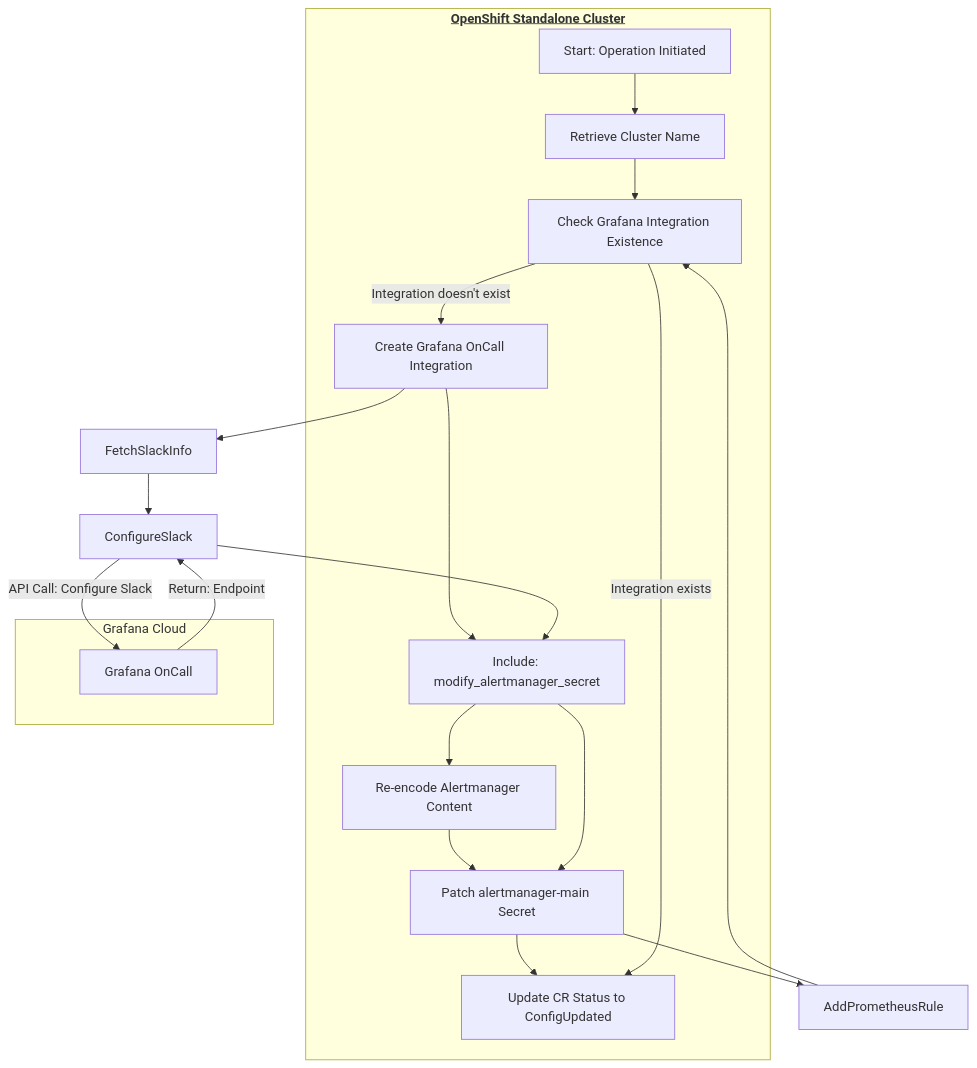
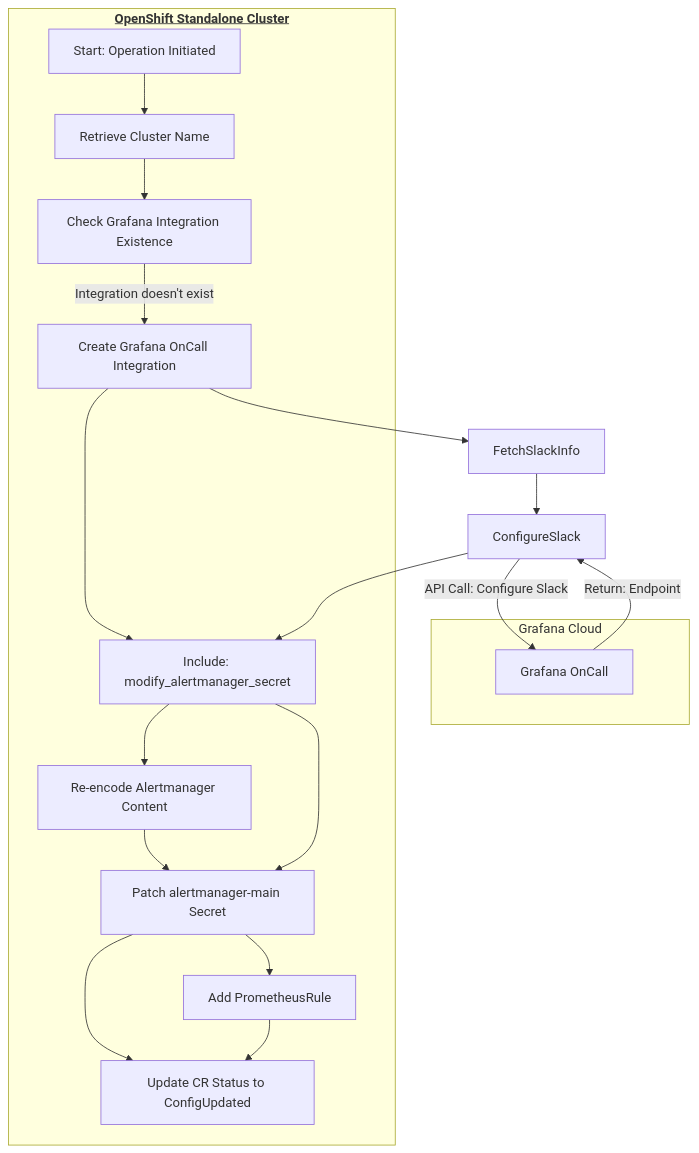
The second of 2 diagrams in README.md (stakater/grafana-cloud-ansible-operator), drawn with Mermaid before and after one commit.

````diff
--- a/README.md
+++ b/README.md
@@ -101,35 +101,35 @@
     ```mermaid
     graph TD
 
         subgraph "<u><b>OpenShift Standalone Cluster</b></u>"
             Init[Start: Operation Initiated]
             GetClusterName[Retrieve Cluster Name]
             CheckIntegration[Check Grafana Integration Existence]
             CreateIntegration[Create Grafana OnCall Integration]
             ModSecret[Include: modify_alertmanager_secret]
             Reencode[Re-encode Alertmanager Content]
             PatchSecret[Patch alertmanager-main Secret]
+            AddPrometheusRule[Add PrometheusRule]
             UpdateCR[Update CR Status to ConfigUpdated]
             Init --> GetClusterName
             GetClusterName --> CheckIntegration
             CheckIntegration -- Integration doesn't exist --> CreateIntegration
             CreateIntegration --> ModSecret
             ModSecret --> Reencode
             Reencode --> PatchSecret
             PatchSecret --> UpdateCR
         end
 
         subgraph "Grafana Cloud"
             GO[Grafana OnCall]
         end
 
         CreateIntegration --> FetchSlackInfo
         FetchSlackInfo --> ConfigureSlack
         ConfigureSlack -->|API Call: Configure Slack| GO
         GO -->|Return: Endpoint| ConfigureSlack
         ConfigureSlack --> ModSecret
         ModSecret --> PatchSecret
         PatchSecret --> AddPrometheusRule
-        AddPrometheusRule --> CheckIntegration
-        CheckIntegration -- Integration exists --> UpdateCR
+        AddPrometheusRule --> UpdateCR
     ```
````
